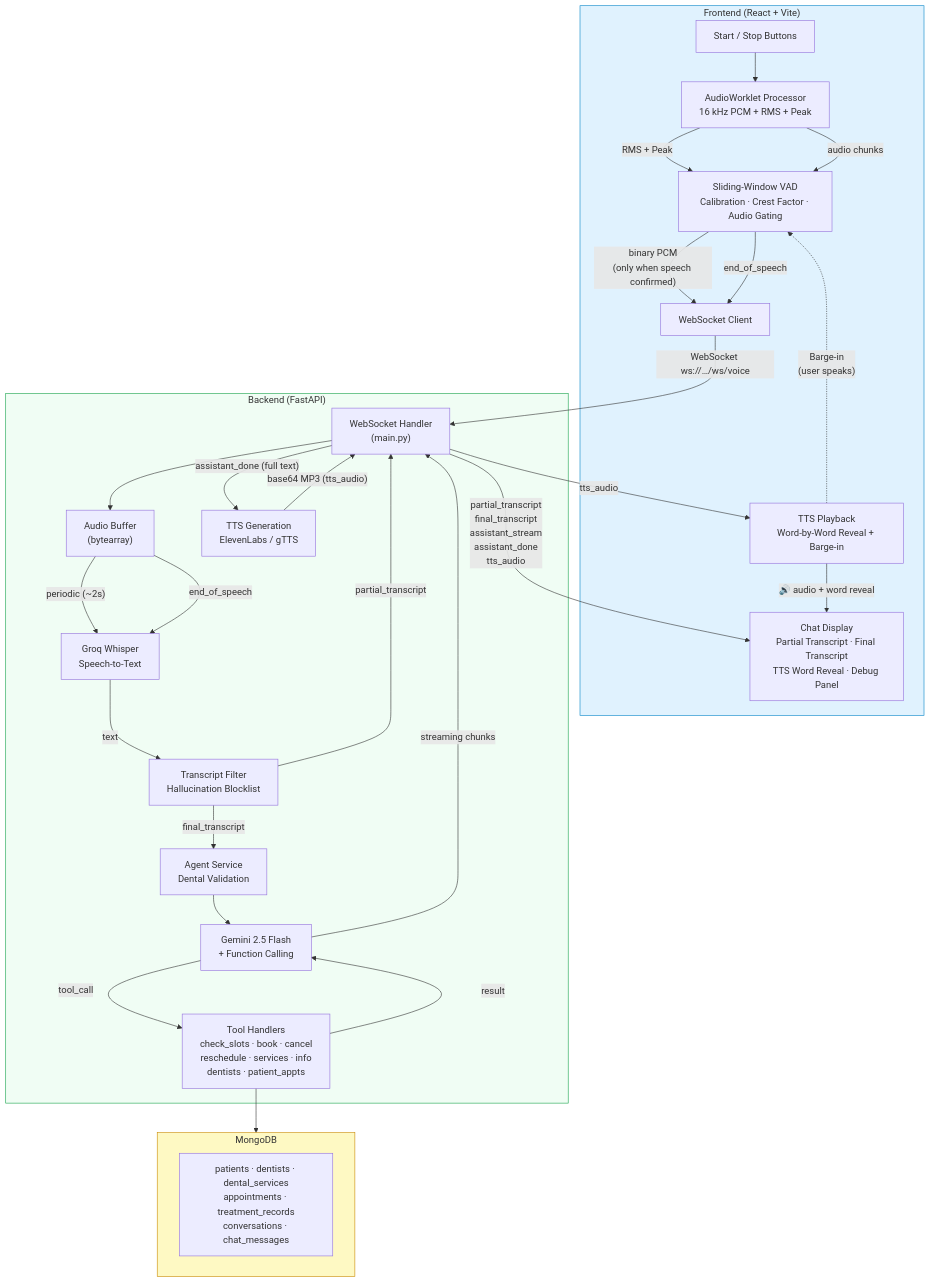
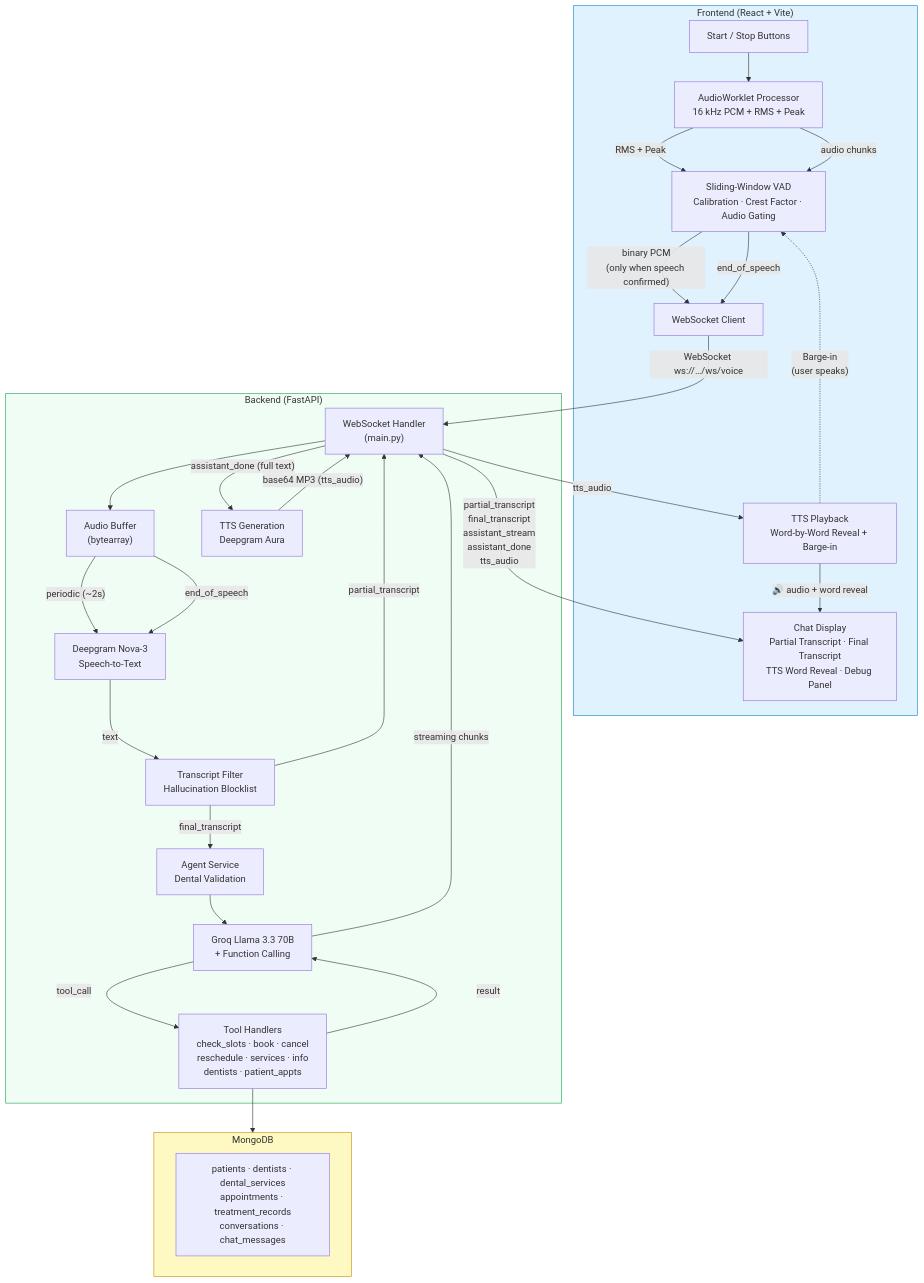
The first of 5 diagrams in docs/ARCHITECTURE.md (charanp2006/demo-voice-agent), drawn with Mermaid before and after one commit. The commit also changed other lines of this file and 8 other files, not shown here.

Commit message:
Update the STT, TTS, LLM with new tech stack

````diff
--- a/docs/ARCHITECTURE.md
+++ b/docs/ARCHITECTURE.md
@@ -7,54 +7,54 @@
 ```mermaid
 graph TB
     subgraph Frontend["Frontend (React + Vite)"]
         UI["Start / Stop Buttons"]
         AW["AudioWorklet Processor<br/>16 kHz PCM + RMS + Peak"]
         VAD_FE["Sliding-Window VAD<br/>Calibration · Crest Factor · Audio Gating"]
         WSC["WebSocket Client"]
         TTS_P["TTS Playback<br/>Word-by-Word Reveal + Barge-in"]
         SD["Chat Display<br/>Partial Transcript · Final Transcript<br/>TTS Word Reveal · Debug Panel"]
     end
 
     subgraph Backend["Backend (FastAPI)"]
         WSH["WebSocket Handler<br/>(main.py)"]
         BUF["Audio Buffer<br/>(bytearray)"]
-        STT["Groq Whisper<br/>Speech-to-Text"]
+        STT["Deepgram Nova-3<br/>Speech-to-Text"]
         FILTER["Transcript Filter<br/>Hallucination Blocklist"]
         AGT["Agent Service<br/>Dental Validation"]
-        LLM["Gemini 2.5 Flash<br/>+ Function Calling"]
-        TTS_GEN["TTS Generation<br/>ElevenLabs / gTTS"]
+        LLM["Groq Llama 3.3 70B<br/>+ Function Calling"]
+        TTS_GEN["TTS Generation<br/>Deepgram Aura"]
         TOOLS["Tool Handlers<br/>check_slots · book · cancel<br/>reschedule · services · info<br/>dentists · patient_appts"]
     end
 
     subgraph DB["MongoDB"]
         COLS["patients · dentists · dental_services<br/>appointments · treatment_records<br/>conversations · chat_messages"]
     end
 
     UI --> AW
     AW -->|"RMS + Peak"| VAD_FE
     AW -->|"audio chunks"| VAD_FE
     VAD_FE -->|"binary PCM<br/>(only when speech confirmed)"| WSC
     VAD_FE -->|"end_of_speech"| WSC
     WSC -->|"WebSocket ws://…/ws/voice"| WSH
     WSH --> BUF
     BUF -->|"periodic (~2s)"| STT
     BUF -->|"end_of_speech"| STT
     STT -->|"text"| FILTER
     FILTER -->|"partial_transcript"| WSH
     FILTER -->|"final_transcript"| AGT
     AGT --> LLM
     LLM -->|"tool_call"| TOOLS
     TOOLS -->|"result"| LLM
     LLM -->|"streaming chunks"| WSH
     WSH -->|"assistant_done (full text)"| TTS_GEN
     TTS_GEN -->|"base64 MP3 (tts_audio)"| WSH
     TOOLS --> DB
     WSH -->|"partial_transcript<br/>final_transcript<br/>assistant_stream<br/>assistant_done<br/>tts_audio"| SD
     WSH -->|"tts_audio"| TTS_P
     TTS_P -->|"🔊 audio + word reveal"| SD
     TTS_P -.->|"Barge-in<br/>(user speaks)"| VAD_FE
 
     style Frontend fill:#e0f2fe,stroke:#0284c7
     style Backend fill:#f0fdf4,stroke:#16a34a
     style DB fill:#fef9c3,stroke:#ca8a04
 ```
````
